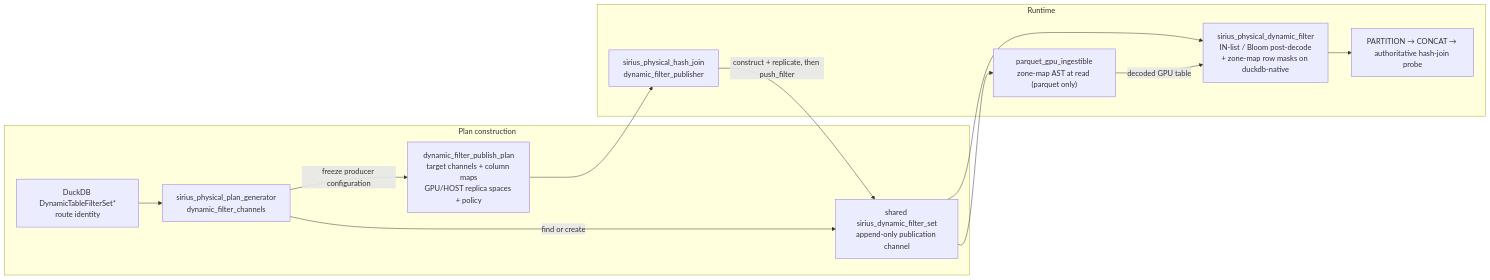
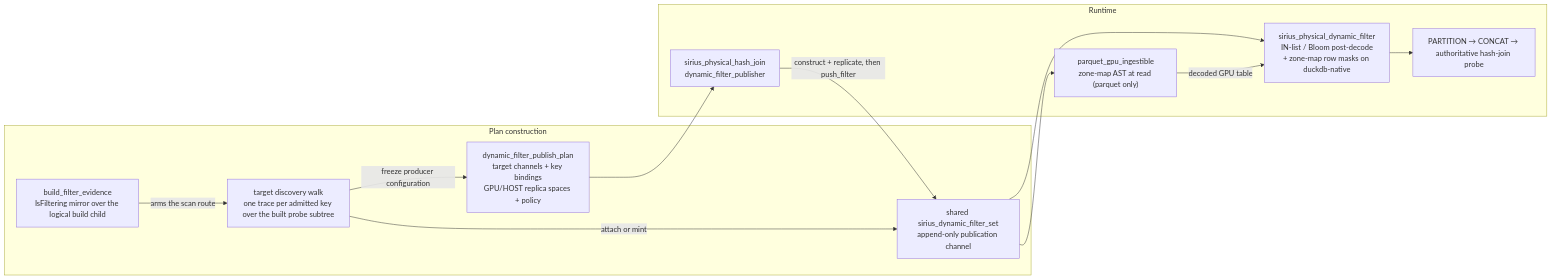
Before and after one commit to sirius-db/sirius: the first of 5 diagrams in docs/super-sirius/dynamic-filters.md, drawn with Mermaid. The commit also changed other lines of this file and 66 other files, not shown here.

````diff
--- a/docs/super-sirius/dynamic-filters.md
+++ b/docs/super-sirius/dynamic-filters.md
@@ -37,27 +37,27 @@
 ```mermaid
 flowchart LR
     subgraph PLAN["Plan construction"]
-        KEY["DuckDB DynamicTableFilterSet*<br/>route identity"]
-        ROUTER["sirius_physical_plan_generator<br/>dynamic_filter_channels"]
-        PUBPLAN["dynamic_filter_publish_plan<br/>target channels + column maps<br/>GPU/HOST replica spaces + policy"]
+        EVIDENCE["build_filter_evidence<br/>IsFiltering mirror over the logical build child"]
+        DISCOVERY["target discovery walk<br/>one trace per admitted key over the built probe subtree"]
+        PUBPLAN["dynamic_filter_publish_plan<br/>target channels + key bindings<br/>GPU/HOST replica spaces + policy"]
 
-        KEY --> ROUTER
-        ROUTER -->|"find or create"| CHANNEL
-        ROUTER -->|"freeze producer configuration"| PUBPLAN
+        EVIDENCE -->|"arms the scan route"| DISCOVERY
+        DISCOVERY -->|"attach or mint"| CHANNEL
+        DISCOVERY -->|"freeze producer configuration"| PUBPLAN
     end
 
     subgraph RUN["Runtime"]
         JOIN["sirius_physical_hash_join<br/>dynamic_filter_publisher"]
         CHANNEL["shared sirius_dynamic_filter_set<br/>append-only publication channel"]
         READER["parquet_gpu_ingestible<br/>zone-map AST at read (parquet only)"]
         APPLY["sirius_physical_dynamic_filter<br/>IN-list / Bloom post-decode<br/>+ zone-map row masks on duckdb-native"]
         DOWN["PARTITION → CONCAT → authoritative hash-join probe"]
 
         PUBPLAN --> JOIN
         JOIN -->|"construct + replicate, then push_filter"| CHANNEL
         CHANNEL --> READER
         CHANNEL --> APPLY
         READER -->|"decoded GPU table"| APPLY
         APPLY --> DOWN
     end
 ```
````
